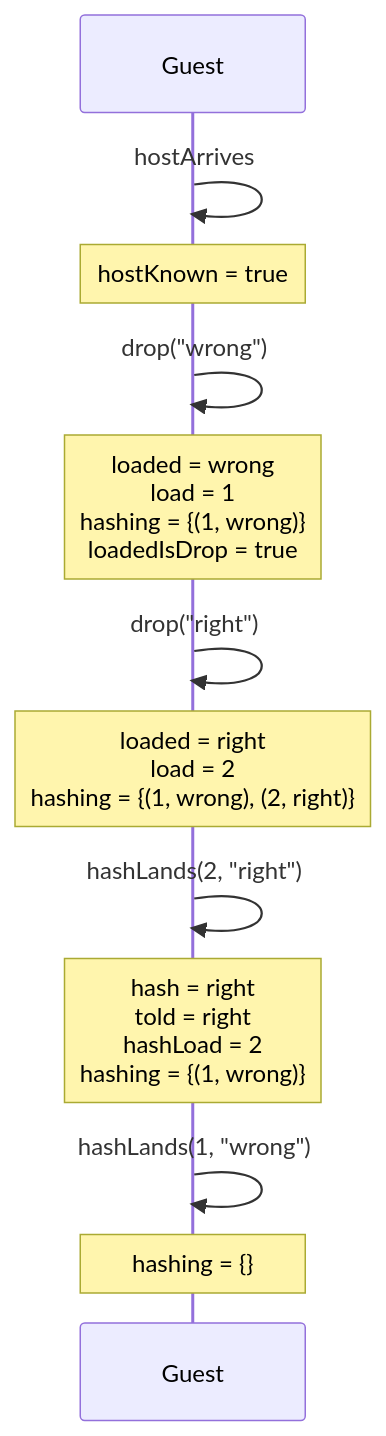
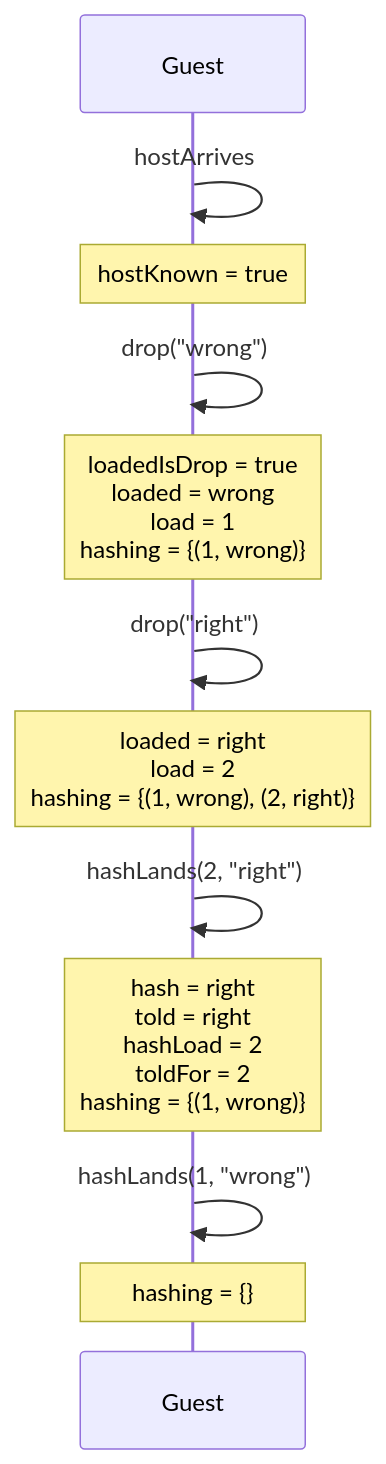
One commit to kwilson21/kaillera-next changed diagram 18 of 18 in docs/spec-traces.md. Above: the diagram before and after it, drawn with Mermaid. The commit also changed other lines of this file and 5 other files, not shown here.

First line of the commit message:
fix: a guest's drop says "not ready" at once, so a start never counts it in on the previous ROM

````diff
--- a/docs/spec-traces.md
+++ b/docs/spec-traces.md
@@ -556,14 +556,14 @@
 ```mermaid
 sequenceDiagram
   participant Guest
   Guest->>Guest: hostArrives
   Note over Guest: hostKnown = true
   Guest->>Guest: drop("wrong")
-  Note over Guest: loaded = wrong<br/>load = 1<br/>hashing = {(1, wrong)}<br/>loadedIsDrop = true
+  Note over Guest: loadedIsDrop = true<br/>loaded = wrong<br/>load = 1<br/>hashing = {(1, wrong)}
   Guest->>Guest: drop("right")
   Note over Guest: loaded = right<br/>load = 2<br/>hashing = {(1, wrong), (2, right)}
   Guest->>Guest: hashLands(2, "right")
-  Note over Guest: hash = right<br/>told = right<br/>hashLoad = 2<br/>hashing = {(1, wrong)}
+  Note over Guest: hash = right<br/>told = right<br/>hashLoad = 2<br/>toldFor = 2<br/>hashing = {(1, wrong)}
   Guest->>Guest: hashLands(1, "wrong")
   Note over Guest: hashing = {}
 ```
````
